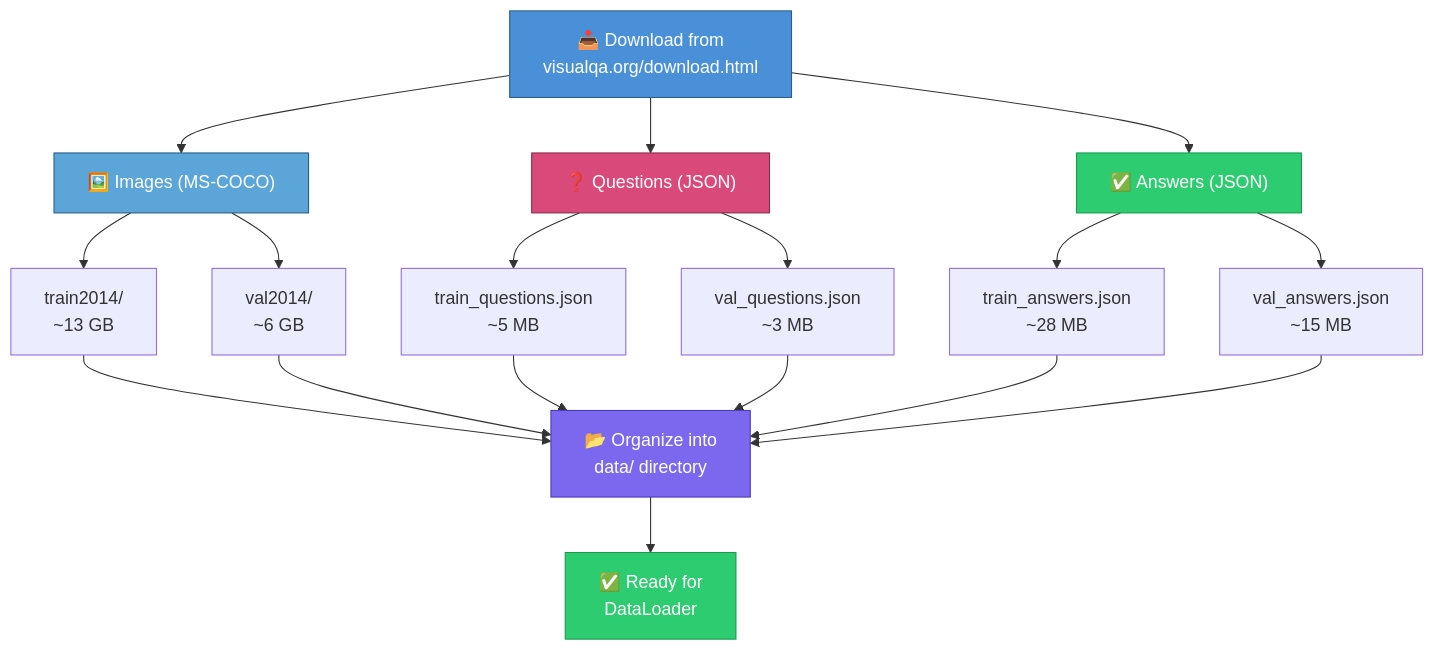
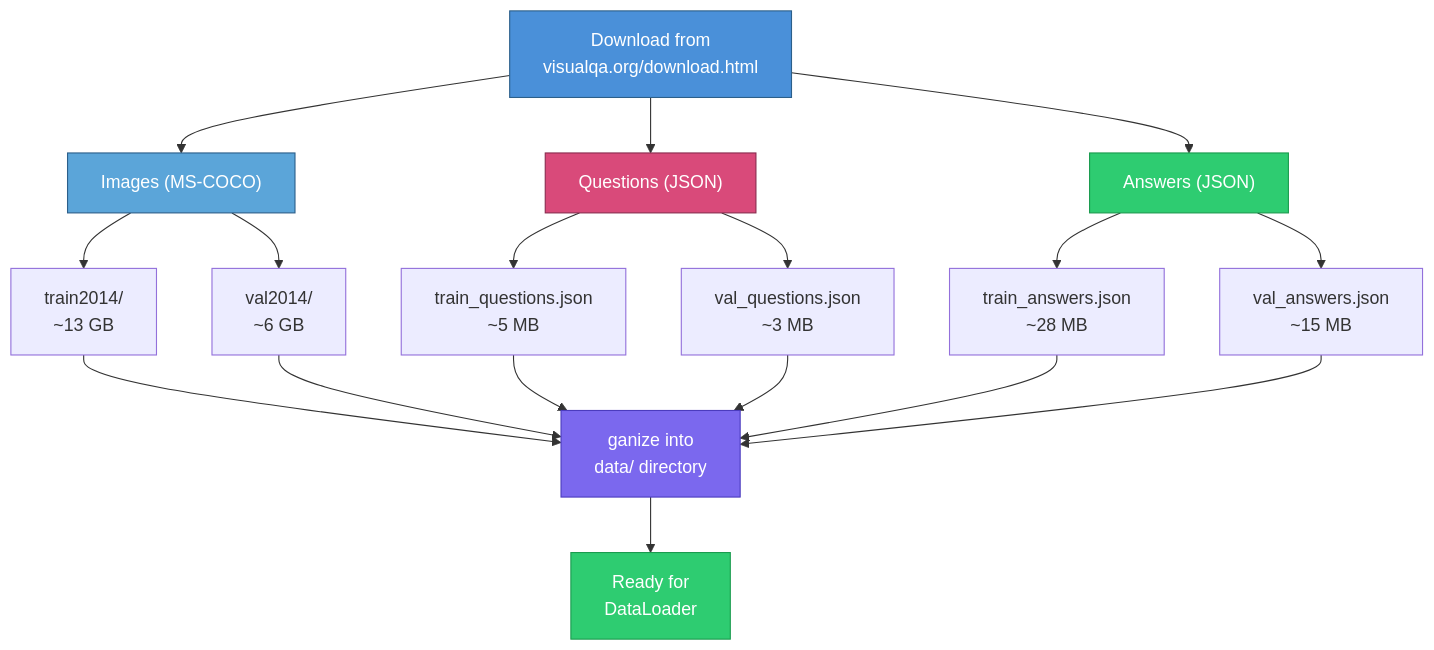
One commit to adikatre/Asymmetric-Cross-Modal-Attention changed the second of 7 diagrams in README.md. Above: the diagram before and after it, drawn with Mermaid. The commit also changed other lines of this file, not shown here.

````diff
--- a/README.md
+++ b/README.md
@@ -84,33 +84,33 @@
 ```mermaid
 graph TD
-    DL["📥 Download from<br/>visualqa.org/download.html"]
+    DL["Download from<br/>visualqa.org/download.html"]
 
-    DL --> IMGS["🖼️ Images (MS-COCO)"]
-    DL --> QS["❓ Questions (JSON)"]
-    DL --> ANS["✅ Answers (JSON)"]
+    DL --> IMGS["Images (MS-COCO)"]
+    DL --> QS["Questions (JSON)"]
+    DL --> ANS["Answers (JSON)"]
 
     IMGS --> TRAIN_IMG["train2014/<br/>~13 GB"]
     IMGS --> VAL_IMG["val2014/<br/>~6 GB"]
 
     QS --> TRAIN_Q["train_questions.json<br/>~5 MB"]
     QS --> VAL_Q["val_questions.json<br/>~3 MB"]
 
     ANS --> TRAIN_A["train_answers.json<br/>~28 MB"]
     ANS --> VAL_A["val_answers.json<br/>~15 MB"]
 
-    TRAIN_IMG --> ORG["📂 Organize into<br/>data/ directory"]
+    TRAIN_IMG --> ORG["ganize into<br/>data/ directory"]
     VAL_IMG --> ORG
     TRAIN_Q --> ORG
     VAL_Q --> ORG
     TRAIN_A --> ORG
     VAL_A --> ORG
 
-    ORG --> READY["✅ Ready for<br/>DataLoader"]
+    ORG --> READY["Ready for<br/>DataLoader"]
 
     style DL fill:#4A90D9,stroke:#2C5F8A,color:#fff
     style IMGS fill:#5BA5D9,stroke:#2C5F8A,color:#fff
     style QS fill:#D94A7A,stroke:#8A2C4F,color:#fff
     style ANS fill:#2ECC71,stroke:#1A9B4E,color:#fff
     style ORG fill:#7B68EE,stroke:#4B3BBE,color:#fff
     style READY fill:#2ECC71,stroke:#1A9B4E,color:#fff
 ```
````
